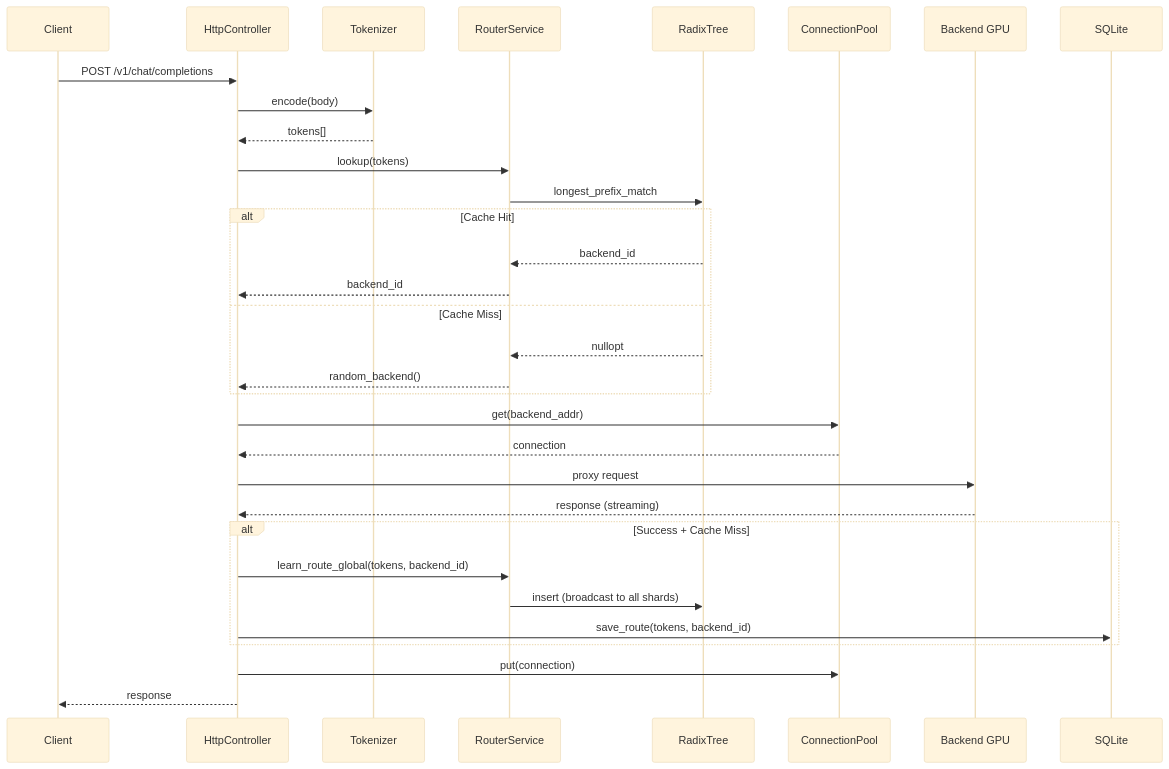
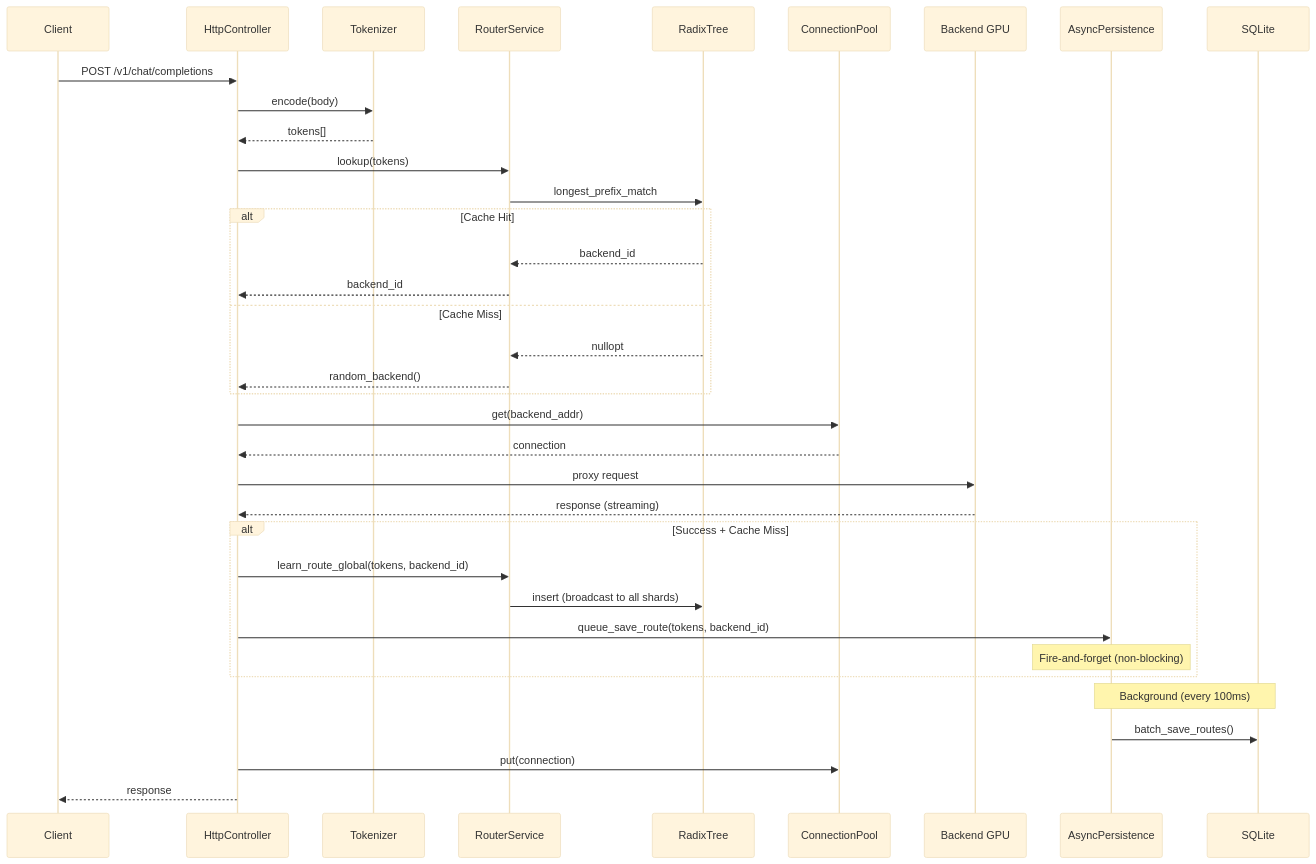
The first of 4 diagrams in docs/request-flow.md (Ranvier-Systems/ranvier-core), drawn with Mermaid (base theme) before and after one commit. The commit also changed other lines of this file and 2 other files, not shown here.

First line of the commit message:
docs: add async persistence documentation

````diff
--- a/docs/request-flow.md
+++ b/docs/request-flow.md
@@ -7,41 +7,46 @@
 ```mermaid
 sequenceDiagram
     participant Client
     participant HTTP as HttpController
     participant TOK as Tokenizer
     participant RS as RouterService
     participant RT as RadixTree
     participant CP as ConnectionPool
     participant GPU as Backend GPU
+    participant APM as AsyncPersistence
     participant PS as SQLite
 
     Client->>HTTP: POST /v1/chat/completions
     HTTP->>TOK: encode(body)
     TOK-->>HTTP: tokens[]
 
     HTTP->>RS: lookup(tokens)
     RS->>RT: longest_prefix_match
 
     alt Cache Hit
         RT-->>RS: backend_id
         RS-->>HTTP: backend_id
     else Cache Miss
         RT-->>RS: nullopt
         RS-->>HTTP: random_backend()
     end
 
     HTTP->>CP: get(backend_addr)
     CP-->>HTTP: connection
 
     HTTP->>GPU: proxy request
     GPU-->>HTTP: response (streaming)
 
     alt Success + Cache Miss
         HTTP->>RS: learn_route_global(tokens, backend_id)
         RS->>RT: insert (broadcast to all shards)
-        HTTP->>PS: save_route(tokens, backend_id)
+        HTTP->>APM: queue_save_route(tokens, backend_id)
+        Note over APM: Fire-and-forget (non-blocking)
     end
+
+    Note over APM,PS: Background (every 100ms)
+    APM->>PS: batch_save_routes()
 
     HTTP->>CP: put(connection)
     HTTP-->>Client: response
 ```
````
